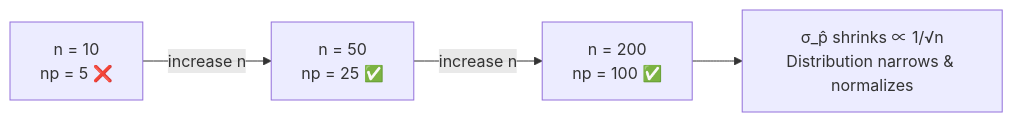
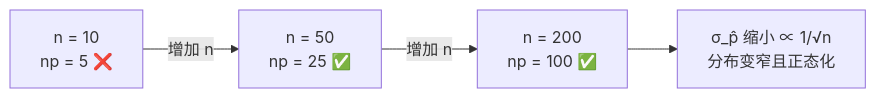
Before and after one commit to xieguaiwu/Notes: the diagram in Math/Statistics/AP_Statistics/Sampling_Distribution_Proportions.md, drawn with Mermaid. The commit also changed other lines of this file and 30 other files, not shown here.

Commit message:
obsidian-note-generation: translate all AP Statistics notes to Chinese, fix format issues (H1, --- separators, Unicode→LaTeX), add chart types review note

````diff
--- a/Math/Statistics/AP_Statistics/Sampling_Distribution_Proportions.md
+++ b/Math/Statistics/AP_Statistics/Sampling_Distribution_Proportions.md
@@ -66,6 +58,6 @@
 ```mermaid
 flowchart LR
-    A["n = 10<br/>np = 5 ❌"] -->|"increase n"| B["n = 50<br/>np = 25 ✅"]
-    B -->|"increase n"| C["n = 200<br/>np = 100 ✅"]
-    C --> D["σ_p̂ shrinks ∝ 1/√n<br/>Distribution narrows & normalizes"]
+    A["n = 10<br/>np = 5 ❌"] -->|"增加 n"| B["n = 50<br/>np = 25 ✅"]
+    B -->|"增加 n"| C["n = 200<br/>np = 100 ✅"]
+    C --> D["σ_p̂ 缩小 ∝ 1/√n<br/>分布变窄且正态化"]
 ```
````
